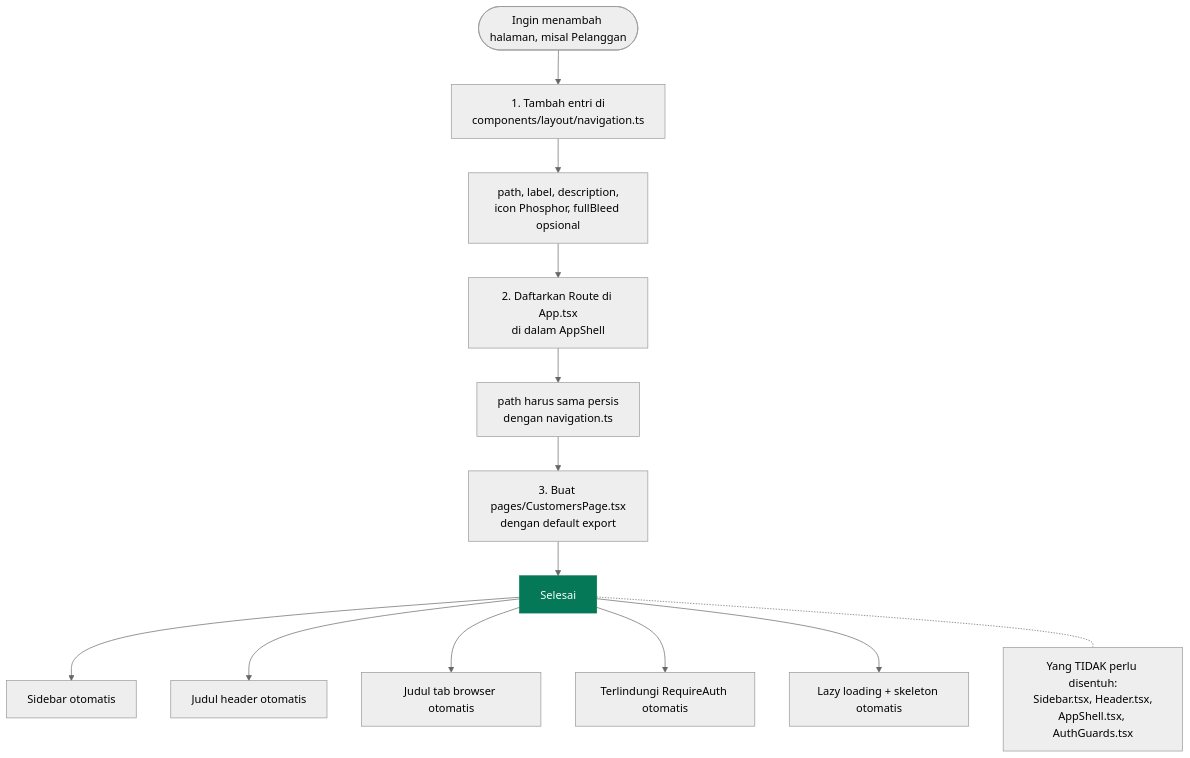
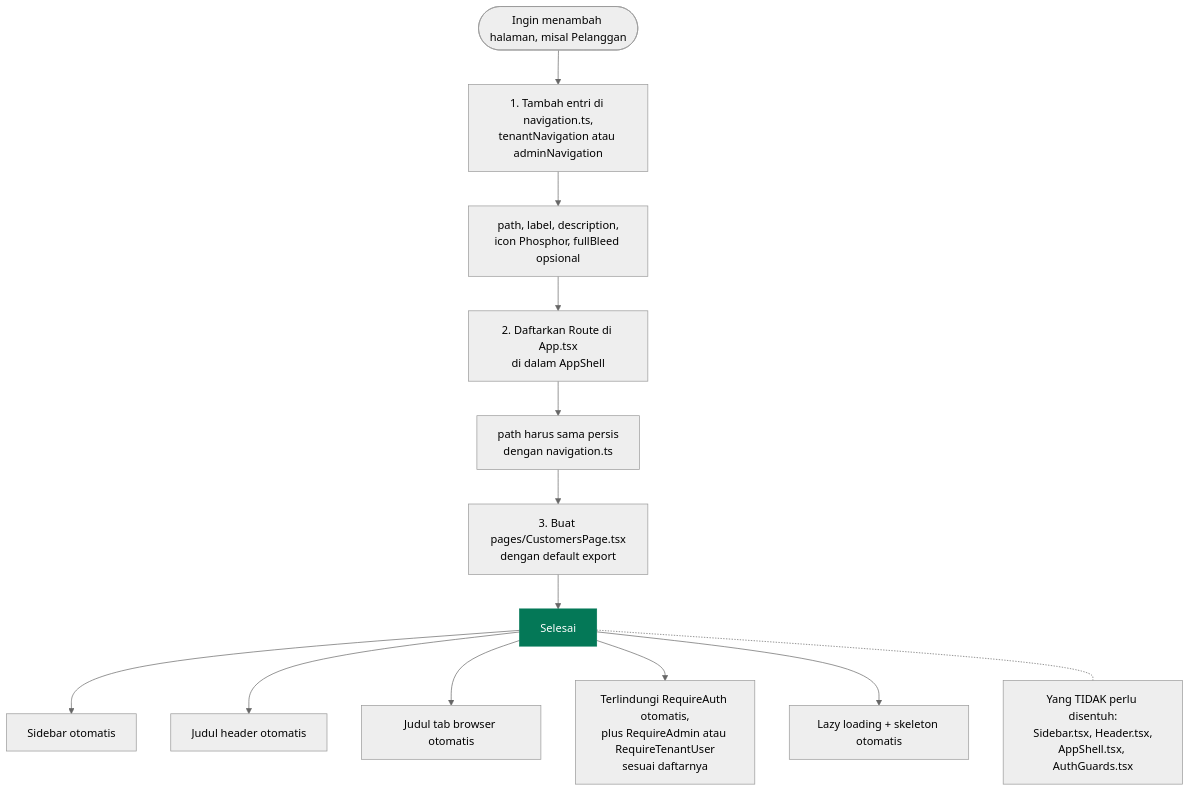
The third of 8 diagrams in docs/frontend.md (nadhimc/simple-pos-kkn-agung), drawn with Mermaid (neutral theme) before and after one commit. The commit also changed other lines of this file and 10 other files, not shown here.

````diff
--- a/docs/frontend.md
+++ b/docs/frontend.md
@@ -76,21 +78,21 @@
 ```mermaid
 flowchart TD
-  S(["Ingin menambah halaman, misal Pelanggan"]) --> A["1. Tambah entri di<br/>components/layout/navigation.ts"]
+  S(["Ingin menambah halaman, misal Pelanggan"]) --> A["1. Tambah entri di navigation.ts,<br/>tenantNavigation atau adminNavigation"]
   A --> A1["path, label, description,<br/>icon Phosphor, fullBleed opsional"]
   A1 --> B["2. Daftarkan Route di App.tsx<br/>di dalam AppShell"]
   B --> B1["path harus sama persis<br/>dengan navigation.ts"]
   B1 --> C["3. Buat pages/CustomersPage.tsx<br/>dengan default export"]
   C --> D["Selesai"]
 
   D --> R1["Sidebar otomatis"]
   D --> R2["Judul header otomatis"]
   D --> R3["Judul tab browser otomatis"]
-  D --> R4["Terlindungi RequireAuth otomatis"]
+  D --> R4["Terlindungi RequireAuth otomatis,<br/>plus RequireAdmin atau RequireTenantUser<br/>sesuai daftarnya"]
   D --> R5["Lazy loading + skeleton otomatis"]
 
   X["Yang TIDAK perlu disentuh:<br/>Sidebar.tsx, Header.tsx,<br/>AppShell.tsx, AuthGuards.tsx"]
   D -.- X
 
   classDef done fill:#047857,stroke:#047857,color:#ffffff
   class D done
 ```
````
